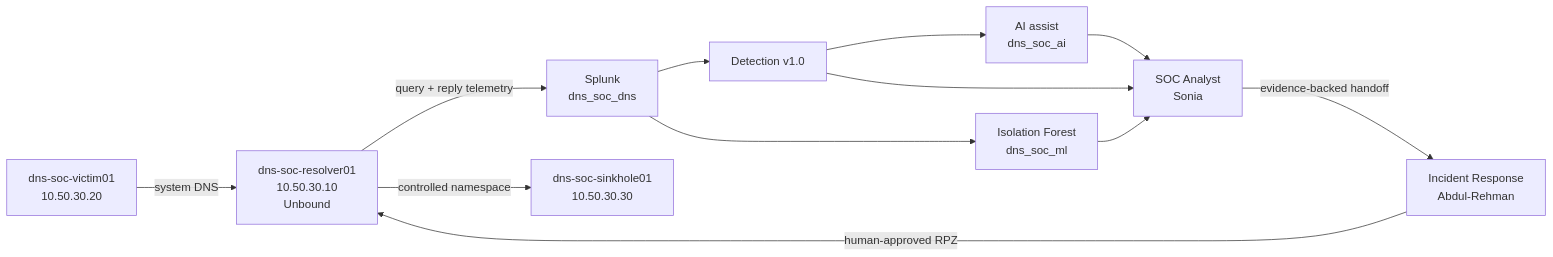
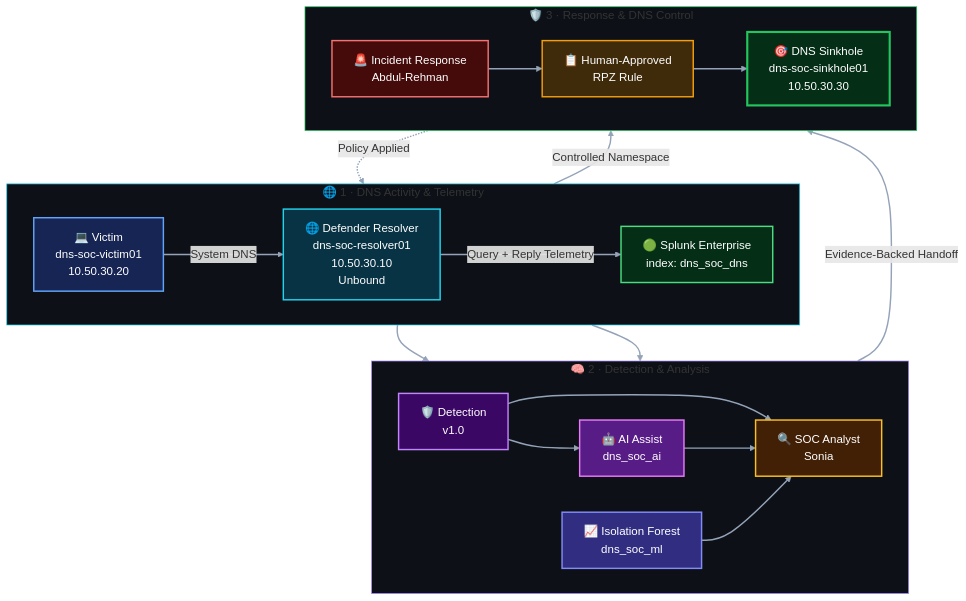
Before and after one commit to DNSentinel-Lab/Scenario-02-DGA: the diagram in README.md, drawn with Mermaid.

Commit message:
Enhance scenario architecture in README
Updated the scenario architecture diagram to include detailed layers for DNS activity, detection, and response.

````diff
--- a/README.md
+++ b/README.md
@@ -81,14 +81,103 @@
 ```mermaid
-flowchart LR
-    V["dns-soc-victim01<br/>10.50.30.20"] -->|system DNS| R["dns-soc-resolver01<br/>10.50.30.10<br/>Unbound"]
-    R -->|query + reply telemetry| S["Splunk<br/>dns_soc_dns"]
-    S --> D["Detection v1.0"]
-    S --> M["Isolation Forest<br/>dns_soc_ml"]
-    D --> A["AI assist<br/>dns_soc_ai"]
-    D --> SOC["SOC Analyst<br/>Sonia"]
-    M --> SOC
-    A --> SOC
-    SOC -->|evidence-backed handoff| IR["Incident Response<br/>Abdul-Rehman"]
-    IR -->|human-approved RPZ| R
-    R -->|controlled namespace| H["dns-soc-sinkhole01<br/>10.50.30.30"]
+flowchart TB
+
+    %% ==========================================
+    %% LAYER 1 — DNS ACTIVITY + TELEMETRY
+    %% ==========================================
+    subgraph DNS["🌐 1 · DNS Activity & Telemetry"]
+        direction LR
+
+        V["💻 Victim<br/>dns-soc-victim01<br/>10.50.30.20"]
+
+        R["🌐 Defender Resolver<br/>dns-soc-resolver01<br/>10.50.30.10<br/>Unbound"]
+
+        S["🟢 Splunk Enterprise<br/>index: dns_soc_dns"]
+
+        V -->|"System DNS"| R
+        R -->|"Query + Reply Telemetry"| S
+    end
+
+
+    %% ==========================================
+    %% LAYER 2 — DETECTION + ANALYSIS
+    %% ==========================================
+    subgraph ANALYTICS["🧠 2 · Detection & Analysis"]
+        direction LR
+
+        D["🛡️ Detection<br/>v1.0"]
+
+        M["📈 Isolation Forest<br/>dns_soc_ml"]
+
+        A["🤖 AI Assist<br/>dns_soc_ai"]
+
+        SOC["🔍 SOC Analyst<br/>Sonia"]
+
+        D --> SOC
+        D --> A
+        A --> SOC
+        M --> SOC
+    end
+
+    S --> D
+    S --> M
+
+
+    %% ==========================================
+    %% LAYER 3 — RESPONSE + VERIFICATION
+    %% ==========================================
+    subgraph RESPONSE["🛡️ 3 · Response & DNS Control"]
+        direction LR
+
+        IR["🚨 Incident Response<br/>Abdul-Rehman"]
+
+        RPZ["📋 Human-Approved<br/>RPZ Rule"]
+
+        H["🎯 DNS Sinkhole<br/>dns-soc-sinkhole01<br/>10.50.30.30"]
+
+        IR --> RPZ
+        RPZ --> H
+    end
+
+    SOC -->|"Evidence-Backed Handoff"| IR
+
+    %% Defender-controlled response path
+    RPZ -. "Policy Applied" .-> R
+    R -->|"Controlled Namespace"| H
+
+
+    %% ==========================================
+    %% STYLING
+    %% ==========================================
+
+    classDef endpoint fill:#172554,stroke:#60a5fa,stroke-width:2px,color:#ffffff;
+    classDef dnsnode fill:#083344,stroke:#22d3ee,stroke-width:2px,color:#ffffff;
+    classDef splunk fill:#052e16,stroke:#4ade80,stroke-width:2px,color:#ffffff;
+
+    classDef detection fill:#3b0764,stroke:#c084fc,stroke-width:2px,color:#ffffff;
+    classDef ml fill:#312e81,stroke:#818cf8,stroke-width:2px,color:#ffffff;
+    classDef ai fill:#581c87,stroke:#e879f9,stroke-width:2px,color:#ffffff;
+    classDef analyst fill:#422006,stroke:#fbbf24,stroke-width:2px,color:#ffffff;
+
+    classDef ir fill:#450a0a,stroke:#f87171,stroke-width:2px,color:#ffffff;
+    classDef policy fill:#3f2a0a,stroke:#f59e0b,stroke-width:2px,color:#ffffff;
+    classDef sinkhole fill:#052e16,stroke:#22c55e,stroke-width:3px,color:#ffffff;
+
+    class V endpoint;
+    class R dnsnode;
+    class S splunk;
+
+    class D detection;
+    class M ml;
+    class A ai;
+    class SOC analyst;
+
+    class IR ir;
+    class RPZ policy;
+    class H sinkhole;
+
+    style DNS fill:#0d1117,stroke:#22d3ee,stroke-width:1px
+    style ANALYTICS fill:#0d1117,stroke:#a78bfa,stroke-width:1px
+    style RESPONSE fill:#0d1117,stroke:#22c55e,stroke-width:1px
+
+    linkStyle default stroke:#94a3b8,stroke-width:2px
 ```
````
